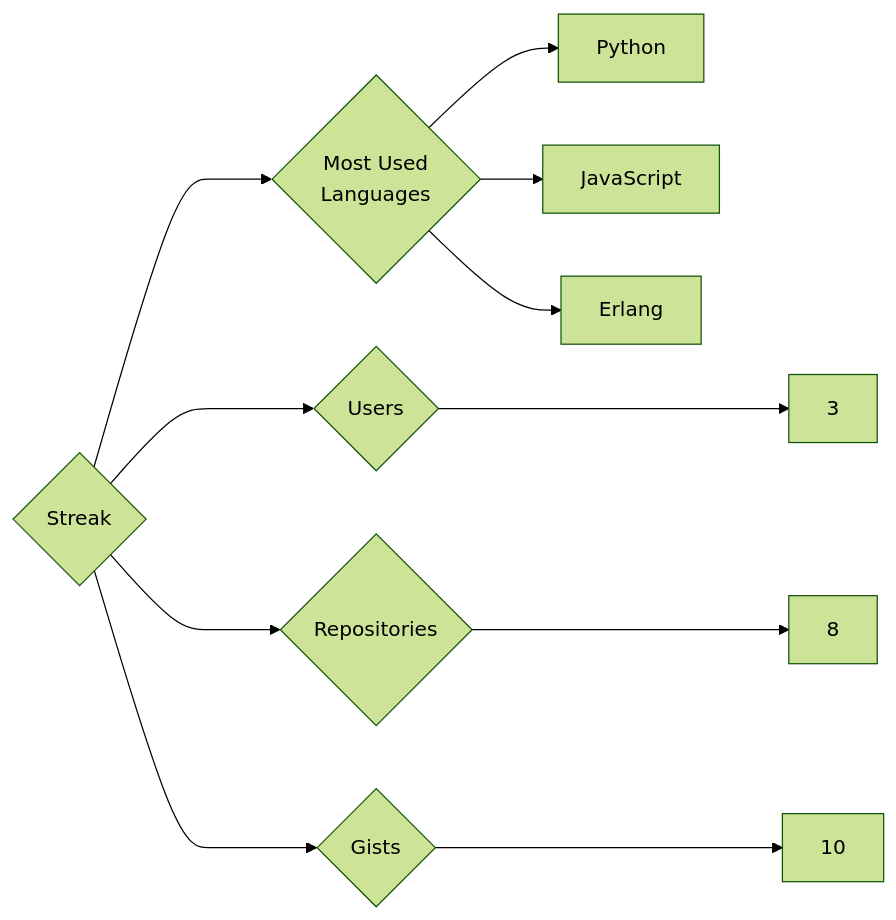
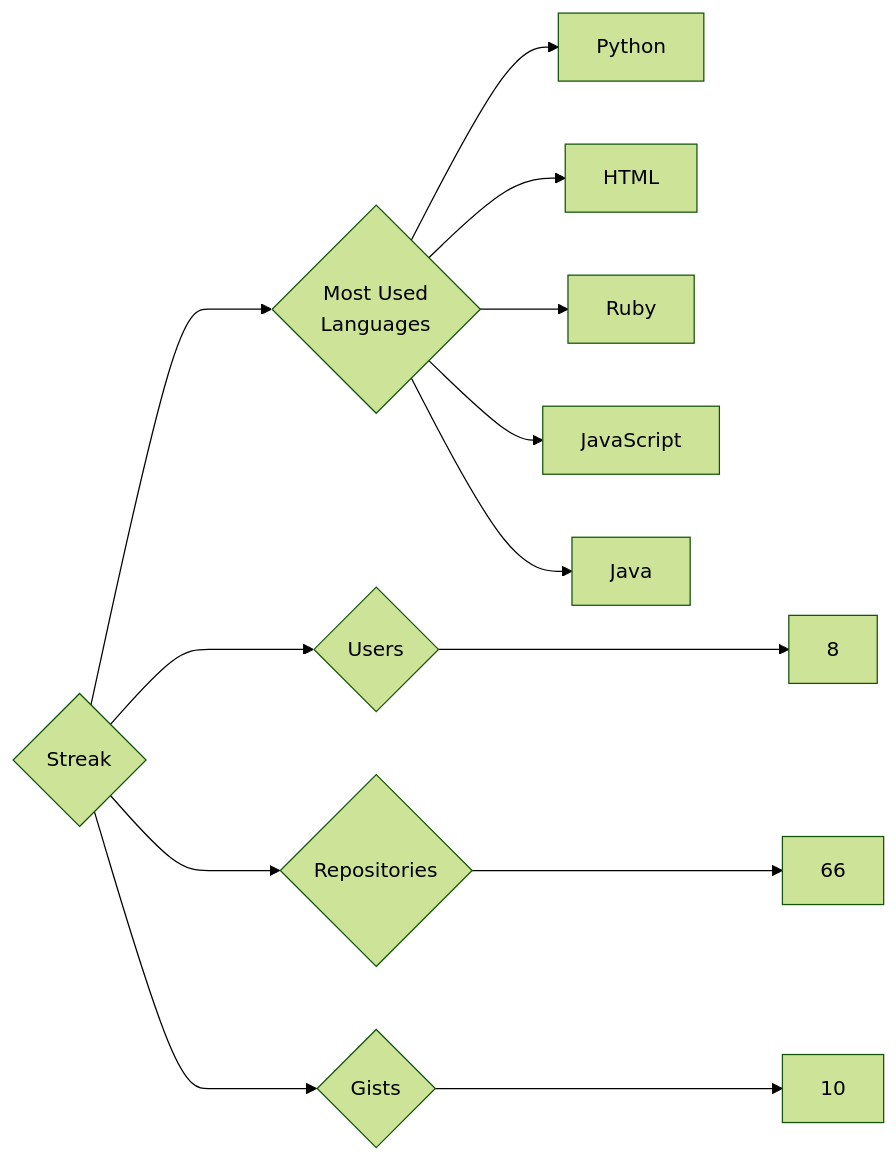
The diagram in targets/Streak/README.md (trickest/insiders), drawn with Mermaid (forest theme) before and after one commit. The commit also changed 597 other files, not shown here.

````diff
--- a/targets/Streak/README.md
+++ b/targets/Streak/README.md
@@ -3,11 +3,13 @@
 ```mermaid
 graph LR
 COMPANY_NAME{Streak}
-COMPANY_NAME ---> U{Users} ---> UN[3]
-COMPANY_NAME ---> R{Repositories} ---> RN[8]
+COMPANY_NAME ---> U{Users} ---> UN[8]
+COMPANY_NAME ---> R{Repositories} ---> RN[66]
 COMPANY_NAME ---> G{Gists} ---> GN[10]
 COMPANY_NAME ---> ML{Most Used<br>Languages}
 ML --> Python[Python]
+ML --> HTML[HTML]
+ML --> Ruby[Ruby]
 ML --> JavaScript[JavaScript]
-ML --> Erlang[Erlang]
+ML --> Java[Java]
 ```
````
